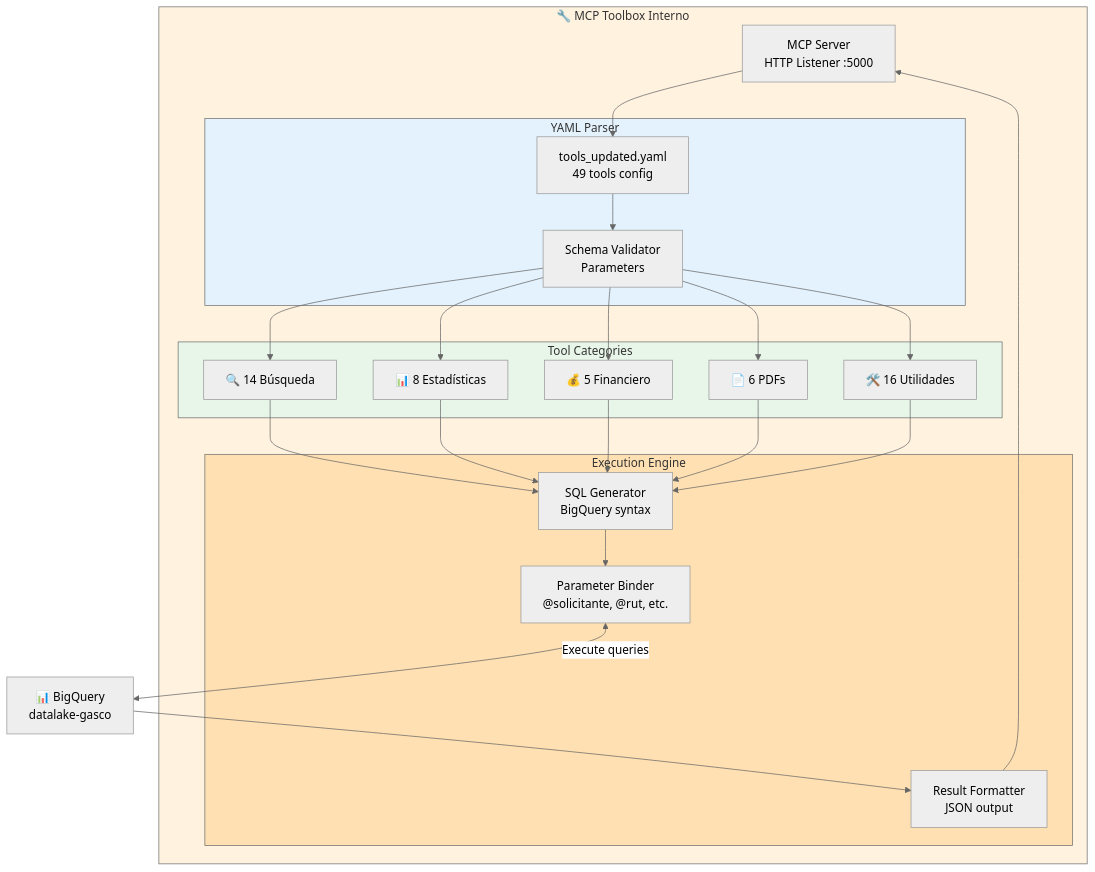
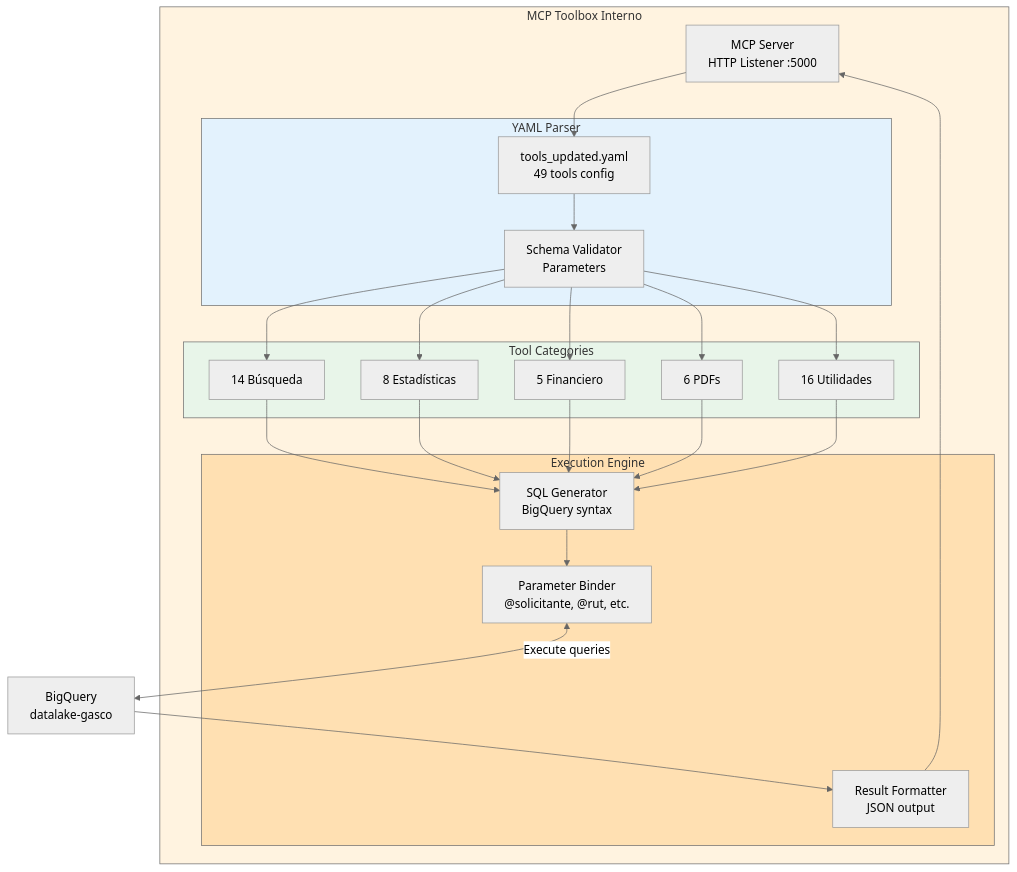
One commit to miguelp7200/agente changed diagram 16 of 16 in docs/official/architecture/20_SYSTEM_ARCHITECTURE.md. Above: the diagram before and after it, drawn with Mermaid (neutral theme). The commit also changed other lines of this file and 12 other files, not shown here.

````diff
--- a/docs/official/architecture/20_SYSTEM_ARCHITECTURE.md
+++ b/docs/official/architecture/20_SYSTEM_ARCHITECTURE.md
@@ -906,51 +900,51 @@
 ```mermaid
 graph TB
-    subgraph MCPInternal["🔧 MCP Toolbox Interno"]
+    subgraph MCPInternal["MCP Toolbox Interno"]
         MCPServer["MCP Server<br/>HTTP Listener :5000"]
         
         subgraph Parser["YAML Parser"]
             Config["tools_updated.yaml<br/>49 tools config"]
             Validator["Schema Validator<br/>Parameters"]
         end
         
         subgraph Categories["Tool Categories"]
-            Search["🔍 14 Búsqueda"]
-            Stats["📊 8 Estadísticas"]
-            Financial["💰 5 Financiero"]
-            PDF["📄 6 PDFs"]
-            Util["🛠️ 16 Utilidades"]
+            Search["14 Búsqueda"]
+            Stats["8 Estadísticas"]
+            Financial["5 Financiero"]
+            PDF["6 PDFs"]
+            Util["16 Utilidades"]
         end
         
         subgraph Execution["Execution Engine"]
             SQLGen["SQL Generator<br/>BigQuery syntax"]
             ParamBinder["Parameter Binder<br/>@solicitante, @rut, etc."]
             ResultFormatter["Result Formatter<br/>JSON output"]
         end
     end
     
-    BQ["📊 BigQuery<br/>datalake-gasco"]
+    BQ["BigQuery<br/>datalake-gasco"]
     
     MCPServer --> Config
     Config --> Validator
     Validator --> Search
     Validator --> Stats
     Validator --> Financial
     Validator --> PDF
     Validator --> Util
     
     Search --> SQLGen
     Stats --> SQLGen
     Financial --> SQLGen
     PDF --> SQLGen
     Util --> SQLGen
     
     SQLGen --> ParamBinder
     ParamBinder <-->|Execute queries| BQ
     BQ --> ResultFormatter
     ResultFormatter --> MCPServer
     
     style MCPInternal fill:#fff3e0
     style Parser fill:#e3f2fd
     style Categories fill:#e8f5e9
     style Execution fill:#ffe0b2
 ```
````
